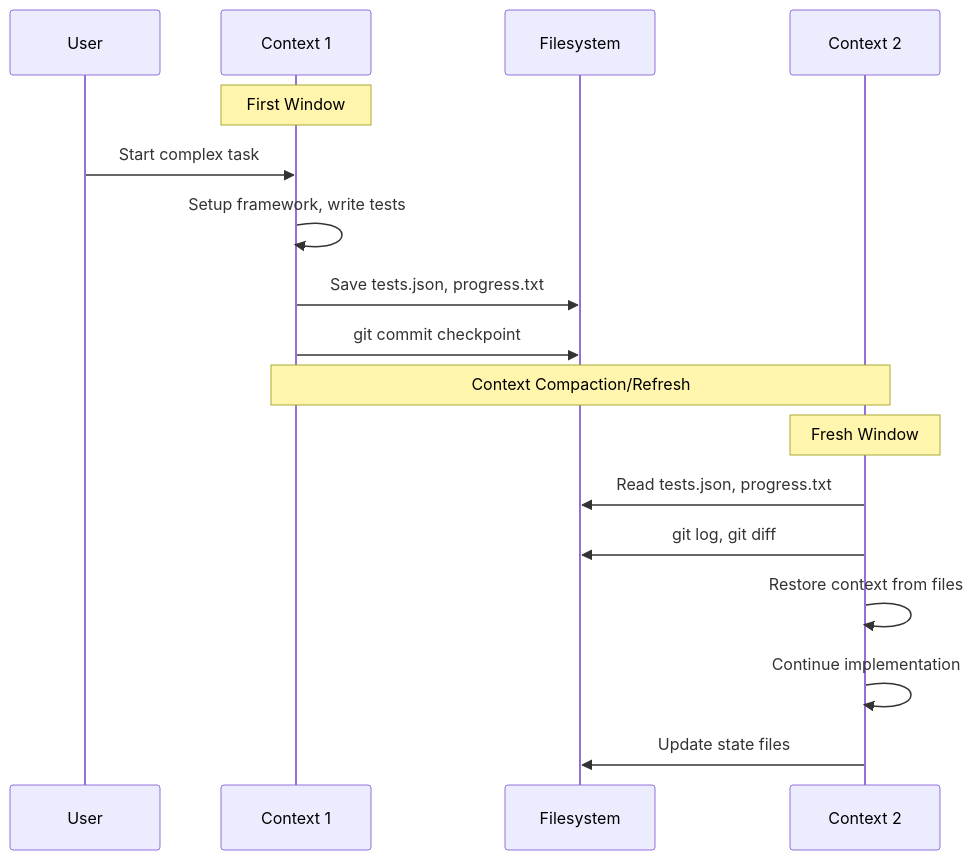
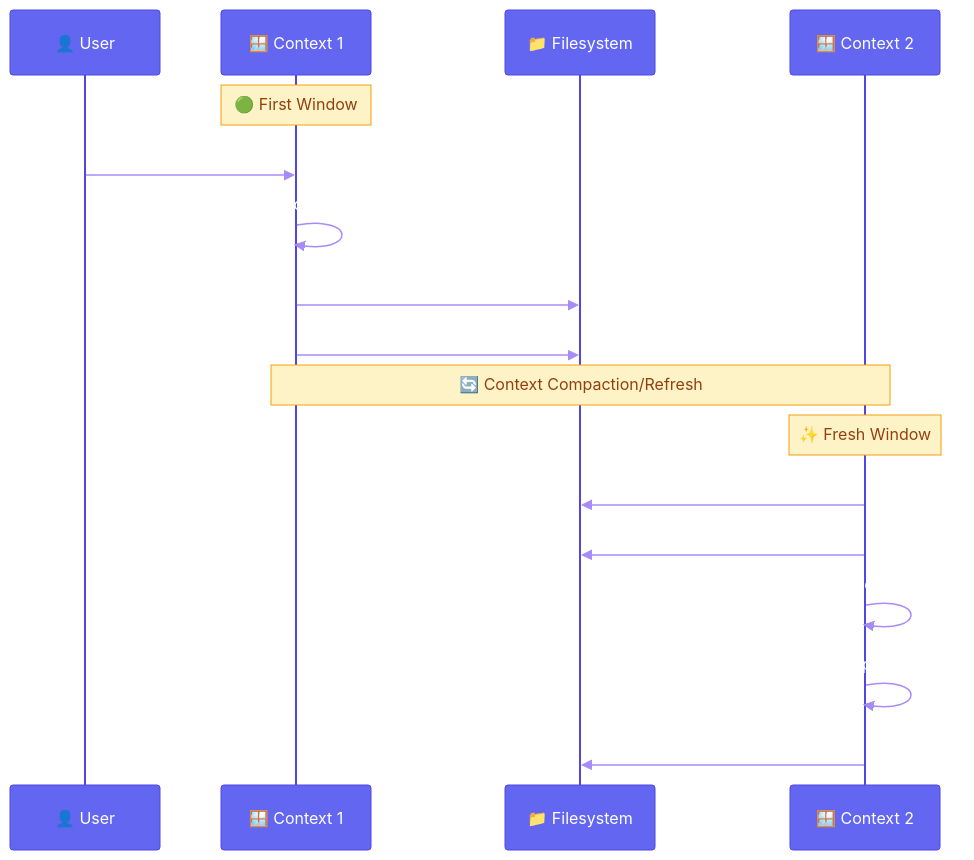
The second of 5 diagrams in patterns/05-multi-window-context.md (ThibautMelen/agentic-ai-systems), drawn with Mermaid before and after one commit. The commit also changed other lines of this file and 7 other files, not shown here.

First line of the commit message:
style(diagrams): add vibrant colors to all Mermaid diagrams

````diff
--- a/patterns/05-multi-window-context.md
+++ b/patterns/05-multi-window-context.md
@@ -110,22 +116,23 @@
 ```mermaid
+%%{init: {'theme': 'base', 'themeVariables': { 'primaryColor': '#8b5cf6', 'primaryTextColor': '#ffffff', 'primaryBorderColor': '#7c3aed', 'lineColor': '#a78bfa', 'actorBkg': '#6366f1', 'actorTextColor': '#ffffff', 'actorBorder': '#4f46e5', 'signalColor': '#a78bfa', 'activationBkgColor': '#c4b5fd', 'activationBorderColor': '#7c3aed', 'noteBkgColor': '#fef3c7', 'noteTextColor': '#92400e', 'noteBorderColor': '#f59e0b'}}}%%
 sequenceDiagram
-    participant U as User
-    participant C1 as Context 1
-    participant FS as Filesystem
-    participant C2 as Context 2
+    participant U as 👤 User
+    participant C1 as 🪟 Context 1
+    participant FS as 📁 Filesystem
+    participant C2 as 🪟 Context 2
 
-    Note over C1: First Window
+    Note over C1: 🟢 First Window
     U->>C1: Start complex task
     C1->>C1: Setup framework, write tests
     C1->>FS: Save tests.json, progress.txt
     C1->>FS: git commit checkpoint
 
-    Note over C1,C2: Context Compaction/Refresh
+    Note over C1,C2: 🔄 Context Compaction/Refresh
 
-    Note over C2: Fresh Window
+    Note over C2: ✨ Fresh Window
     C2->>FS: Read tests.json, progress.txt
     C2->>FS: git log, git diff
     C2->>C2: Restore context from files
     C2->>C2: Continue implementation
     C2->>FS: Update state files
 ```
````
